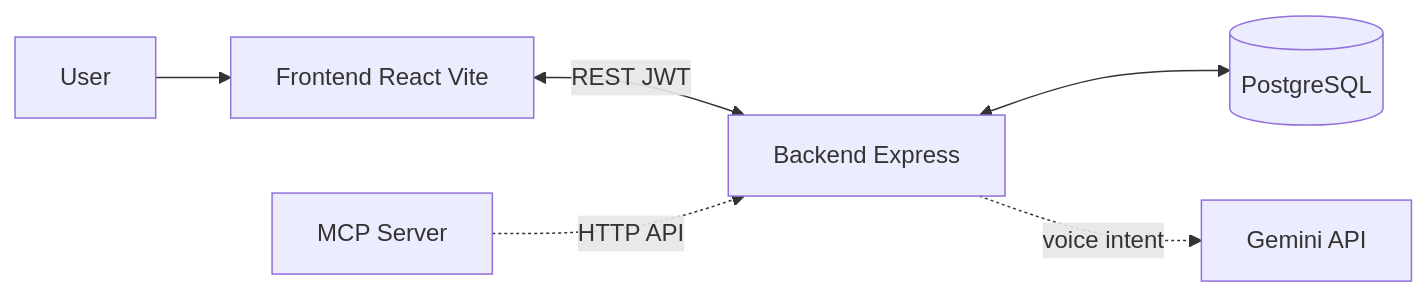
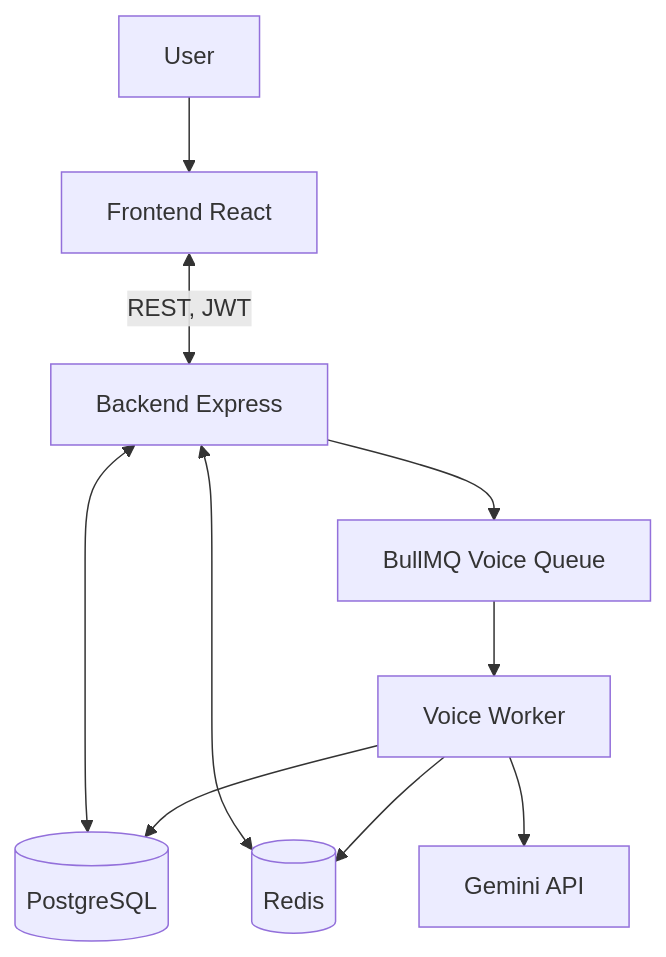
One commit to YoniRipp/BMe changed the diagram in README.md. Above: the diagram before and after it, drawn with Mermaid. The commit also changed other lines of this file and 5 other files, not shown here.

Commit message:
docs: add workflow, architecture diagrams, and doc cross-links

````diff
--- a/README.md
+++ b/README.md
@@ -63,14 +50,21 @@
 ```mermaid
-flowchart LR
+flowchart TB
   User[User]
-  Frontend[Frontend React Vite]
+  Frontend[Frontend React]
   Backend[Backend Express]
+  Redis[(Redis)]
   DB[(PostgreSQL)]
+  Queue[BullMQ Voice Queue]
+  Worker[Voice Worker]
   Gemini[Gemini API]
-  MCP[MCP Server]
+
   User --> Frontend
-  Frontend <-->|REST JWT| Backend
+  Frontend <-->|"REST, JWT"| Backend
   Backend <--> DB
-  Backend -.->|voice intent| Gemini
-  MCP -.->|HTTP API| Backend
+  Backend <--> Redis
+  Backend --> Queue
+  Queue --> Worker
+  Worker --> Gemini
+  Worker --> Redis
+  Worker --> DB
 ```
````
